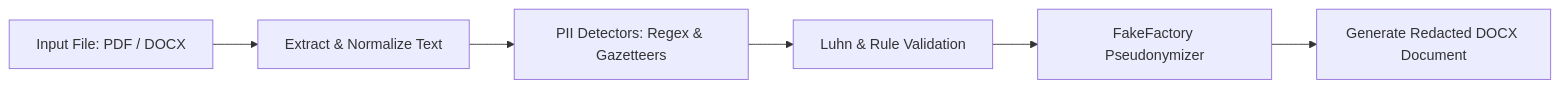
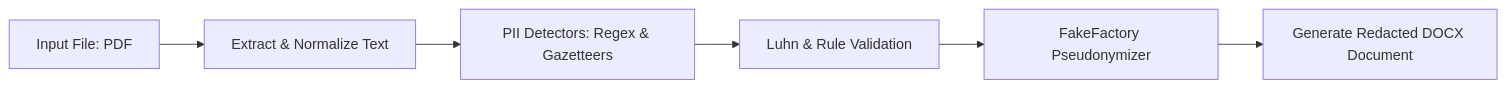
Before and after one commit to Devdiva0/KSH-PII-Redaction: the diagram in README.md, drawn with Mermaid. The commit also changed other lines of this file and 1 other file, not shown here.

Commit message:
Streamline app and README for rock-solid PDF redaction processing

````diff
--- a/README.md
+++ b/README.md
@@ -30,8 +30,8 @@
 ```mermaid
 flowchart LR
-    A[Input File: PDF / DOCX] --> B[Extract & Normalize Text]
+    A[Input File: PDF] --> B[Extract & Normalize Text]
     B --> C[PII Detectors: Regex & Gazetteers]
     C --> D[Luhn & Rule Validation]
     D --> E[FakeFactory Pseudonymizer]
     E --> F[Generate Redacted DOCX Document]
 ```
````
